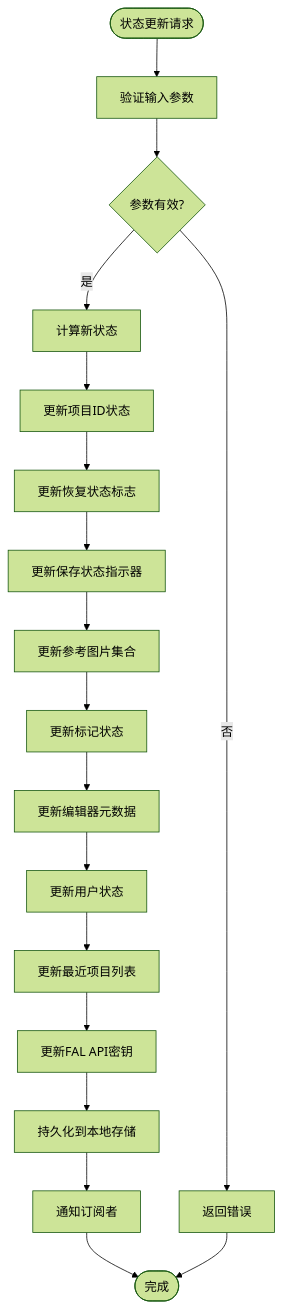
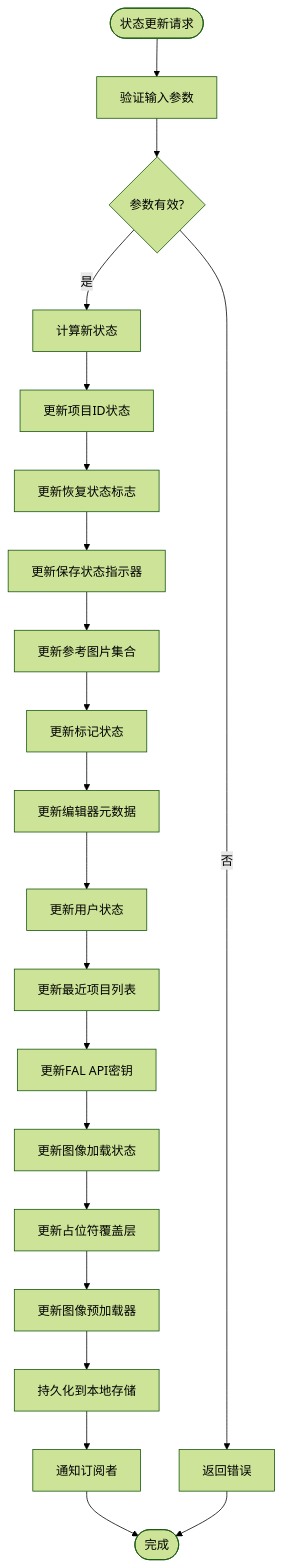
The fifth of 18 diagrams in .qoder/repowiki/zh/content/状态管理系统.md (billye220670/BananaFlow2), drawn with Mermaid (forest theme) before and after one commit. The commit also changed other lines of this file and 6 other files, not shown here.

````diff
--- a/.qoder/repowiki/zh/content/状态管理系统.md
+++ b/.qoder/repowiki/zh/content/状态管理系统.md
@@ -372,20 +382,23 @@
 ```mermaid
 flowchart TD
 Start([状态更新请求]) --> Validate["验证输入参数"]
 Validate --> Valid{"参数有效?"}
 Valid --> |否| Error["返回错误"]
 Valid --> |是| Compute["计算新状态"]
 Compute --> UpdateProjectId["更新项目ID状态"]
 UpdateProjectId --> UpdateRestoreFlag["更新恢复状态标志"]
 UpdateRestoreFlag --> UpdateSaveStatus["更新保存状态指示器"]
 UpdateSaveStatus --> UpdateRefs["更新参考图片集合"]
 UpdateRefs --> UpdateMarkers["更新标记状态"]
 UpdateMarkers --> UpdateEditor["更新编辑器元数据"]
 UpdateEditor --> UpdateUser["更新用户状态"]
 UpdateUser --> UpdateRecentProjects["更新最近项目列表"]
 UpdateRecentProjects --> UpdateFALKey["更新FAL API密钥"]
-UpdateFALKey --> Persist["持久化到本地存储"]
+UpdateFALKey --> UpdateLoadingState["更新图像加载状态"]
+UpdateLoadingState --> UpdatePlaceholderOverlay["更新占位符覆盖层"]
+UpdatePlaceholderOverlay --> UpdateImagePreloader["更新图像预加载器"]
+UpdateImagePreloader --> Persist["持久化到本地存储"]
 Persist --> Notify["通知订阅者"]
 Notify --> End([完成])
 Error --> End
 ```
````
